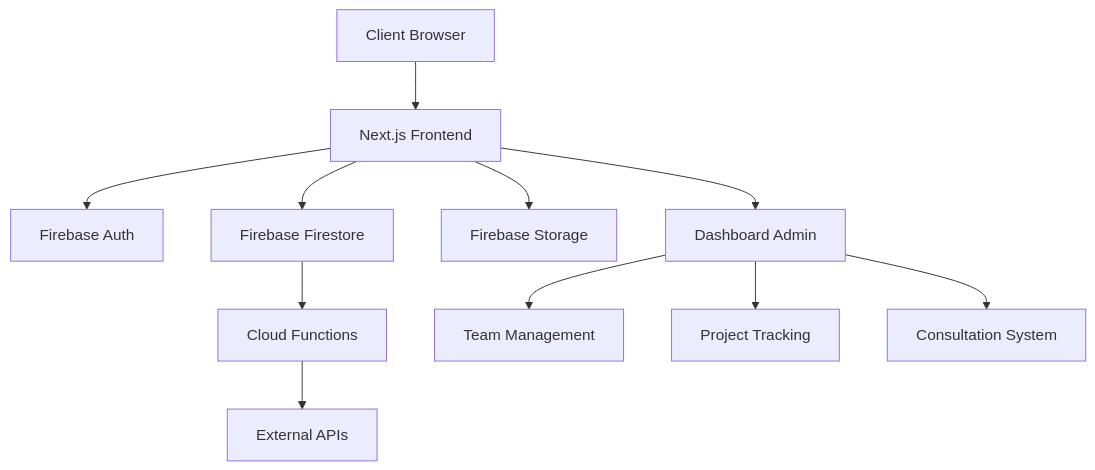
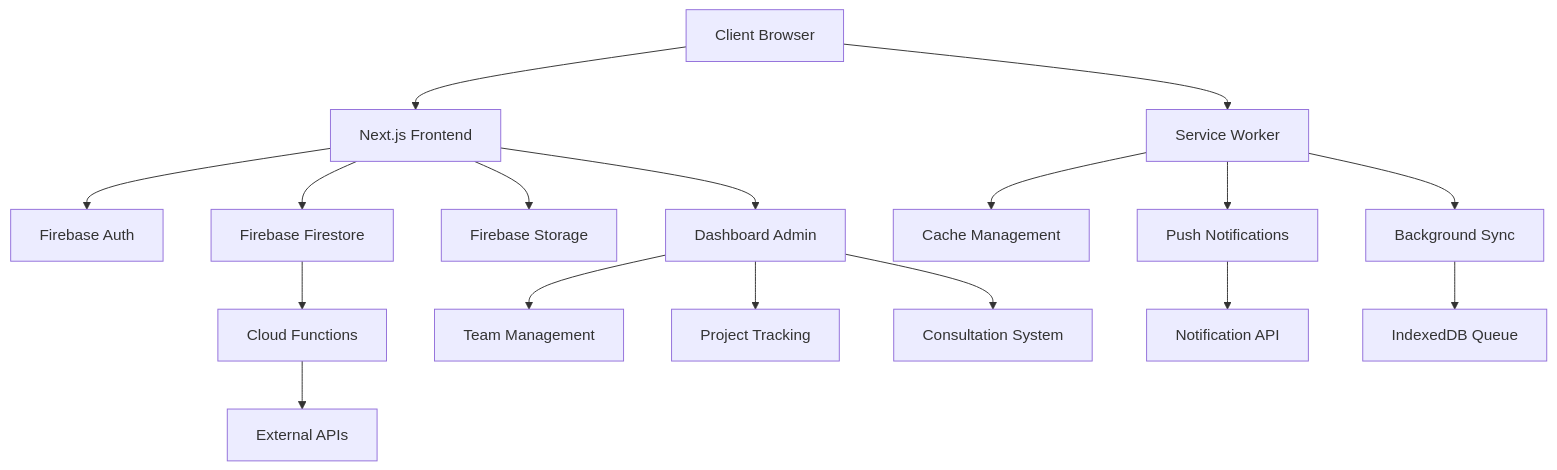
Before and after one commit to Ramsey-USA/mh-website: the diagram in README.md, drawn with Mermaid. The commit also changed other lines of this file and 25 other files, not shown here.

First line of the commit message:
feat: Add Testimonial Submission Form with multi-step process and background sync functionality

````diff
--- a/README.md
+++ b/README.md
@@ -171,13 +183,19 @@
 ```mermaid
 graph TB
     A[Client Browser] --> B[Next.js Frontend]
-    B --> C[Firebase Auth]
-    B --> D[Firebase Firestore]
-    B --> E[Firebase Storage]
-    D --> F[Cloud Functions]
-    F --> G[External APIs]
-    B --> H[Dashboard Admin]
-    H --> I[Team Management]
-    H --> J[Project Tracking]
-    H --> K[Consultation System]
+    A --> SW[Service Worker]
+    SW --> C[Cache Management]
+    SW --> PS[Push Notifications]
+    SW --> BS[Background Sync]
+    B --> D[Firebase Auth]
+    B --> E[Firebase Firestore]
+    B --> F[Firebase Storage]
+    E --> G[Cloud Functions]
+    G --> H[External APIs]
+    B --> I[Dashboard Admin]
+    I --> J[Team Management]
+    I --> K[Project Tracking]
+    I --> L[Consultation System]
+    PS --> M[Notification API]
+    BS --> N[IndexedDB Queue]
 ```
````
